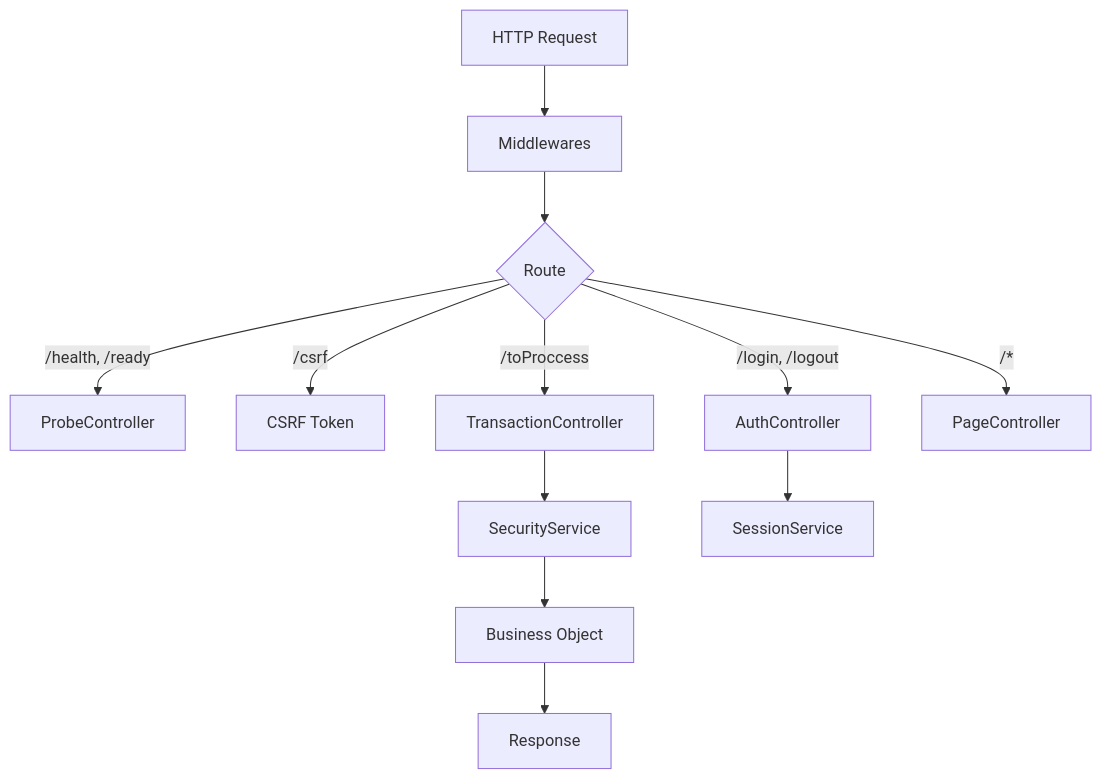
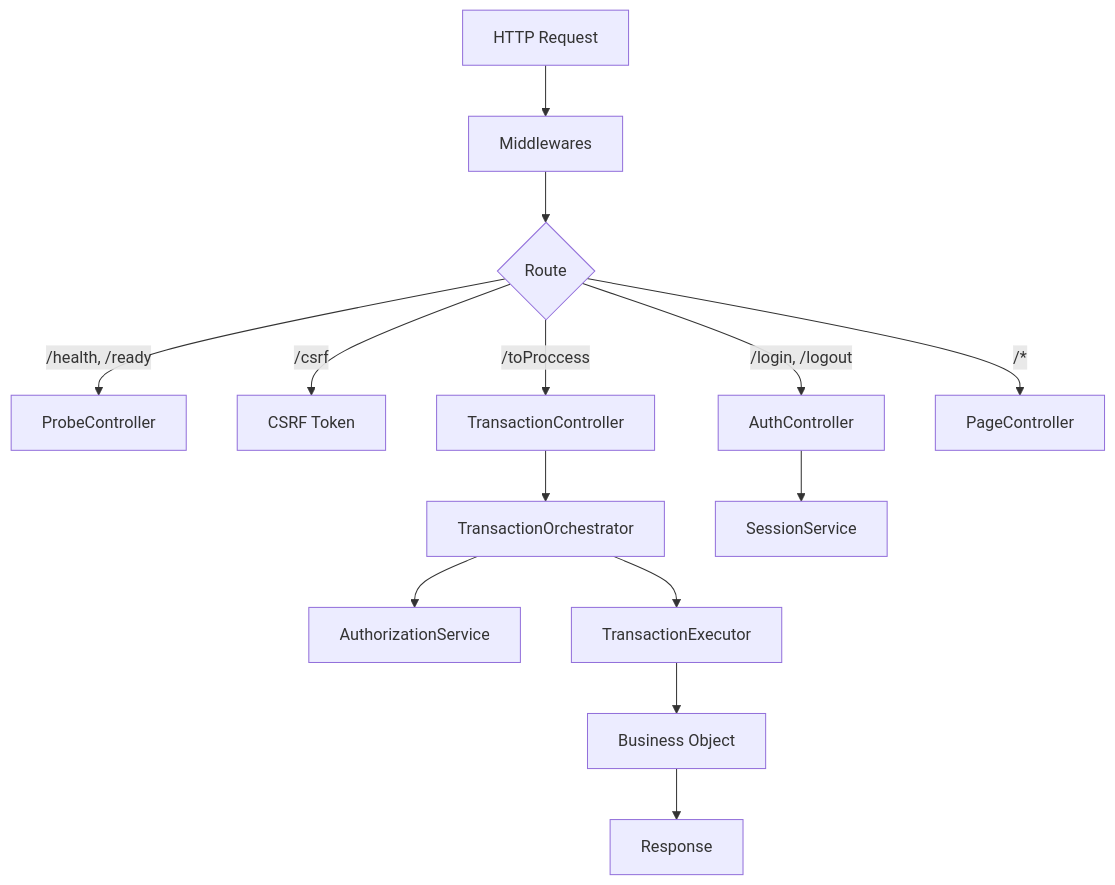
One commit to EliabParra/toproc changed the diagram in docs/02-Architecture/APPSERVER_CORE.en.md. Above: the diagram before and after it, drawn with Mermaid. The commit also changed other lines of this file and 18 other files, not shown here.

````diff
--- a/docs/02-Architecture/APPSERVER_CORE.en.md
+++ b/docs/02-Architecture/APPSERVER_CORE.en.md
@@ -7,14 +7,18 @@
 ```mermaid
 graph TD
     Request[HTTP Request] --> Middleware[Middlewares]
     Middleware --> Router{Route}
     Router -->|/health, /ready| ProbeCtrl[ProbeController]
     Router -->|/csrf| CSRF[CSRF Token]
     Router -->|/login, /logout| AuthCtrl[AuthController]
     Router -->|/toProccess| TxCtrl[TransactionController]
     Router -->|/*| PageCtrl[PageController]
-    TxCtrl --> Security[SecurityService]
+
+    TxCtrl --> Orchestrator[TransactionOrchestrator]
+    Orchestrator --> Authorization[AuthorizationService]
+    Orchestrator --> Executor[TransactionExecutor]
+    Executor --> BO[Business Object]
+
     AuthCtrl --> Session[SessionService]
-    Security --> BO[Business Object]
     BO --> Response[Response]
 ```
````
